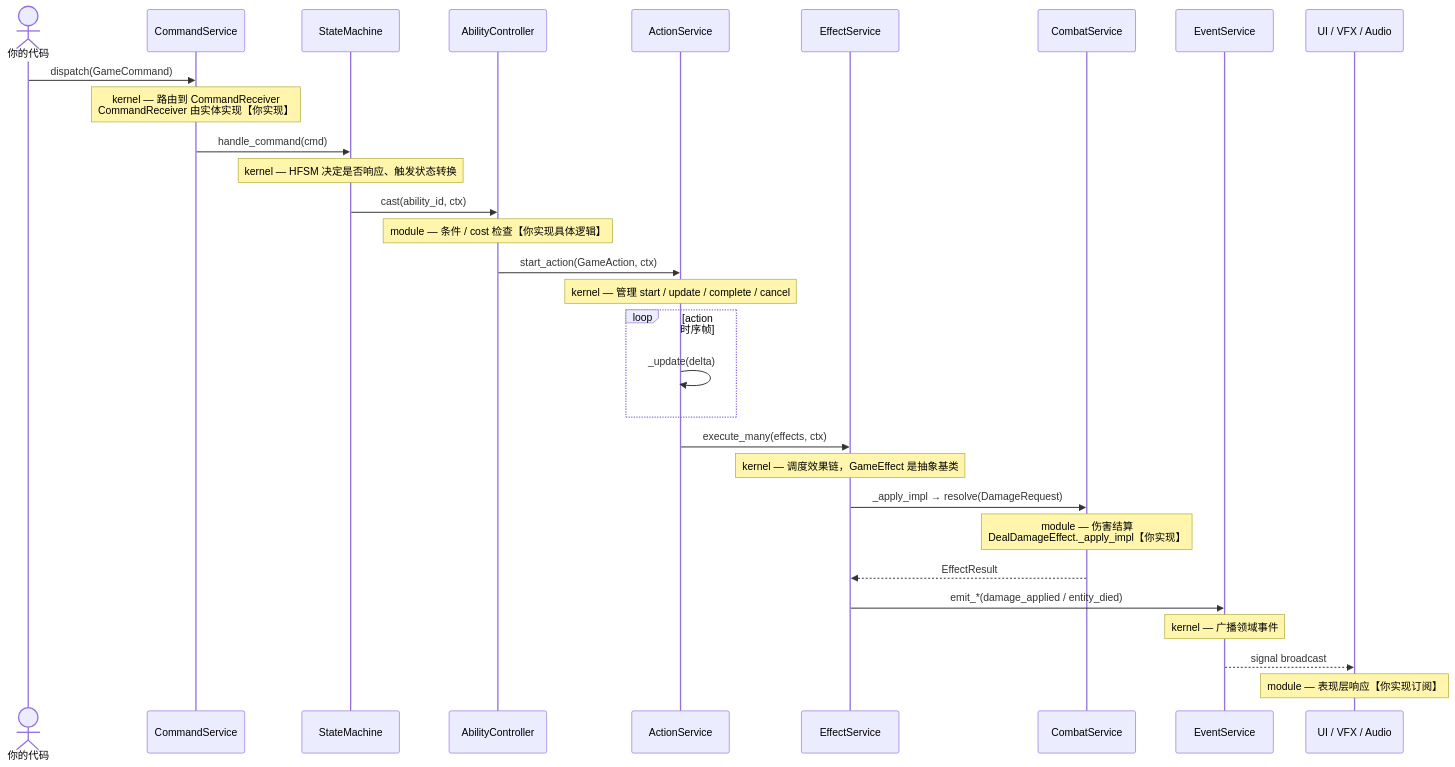
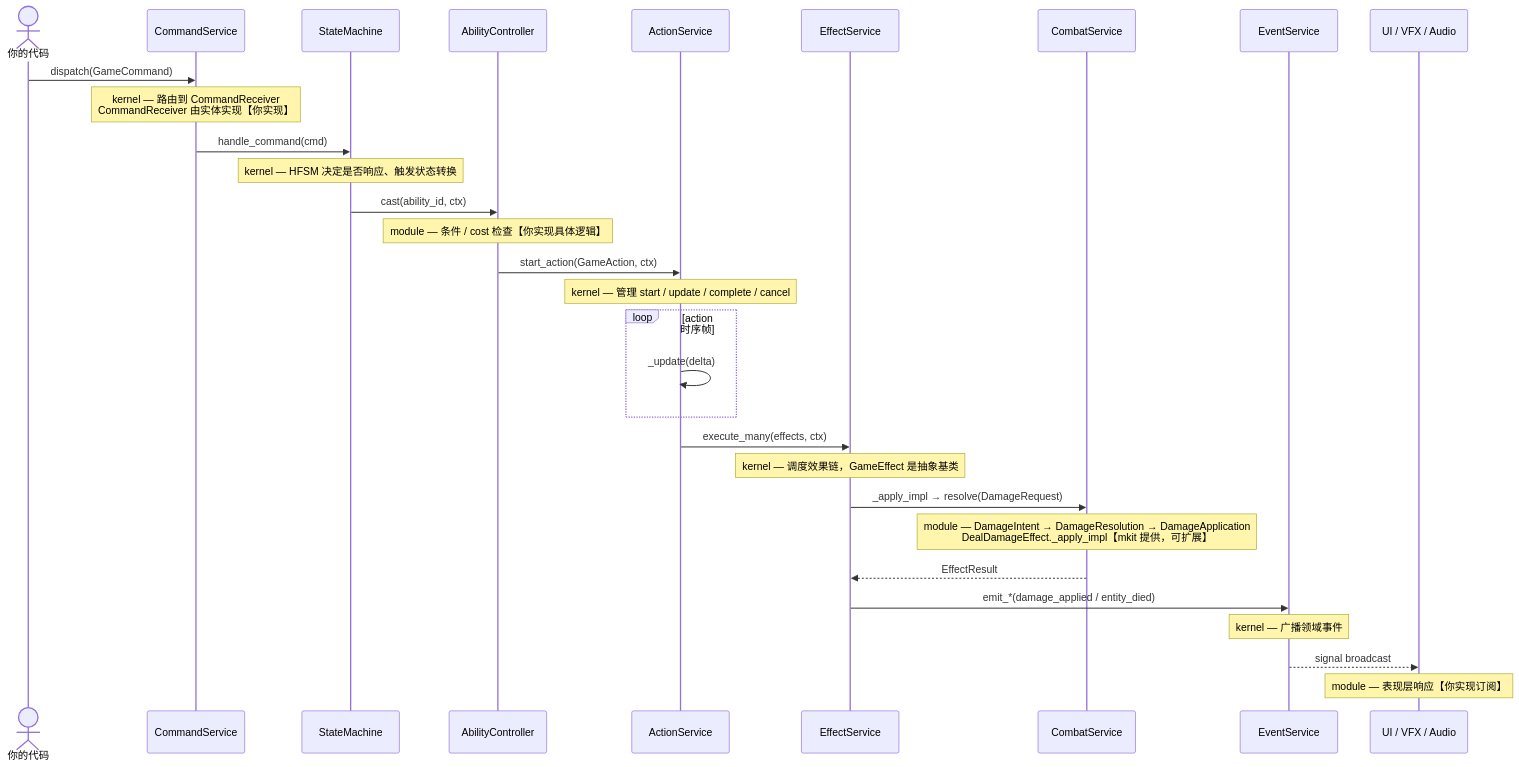
The second of 2 diagrams in docs/readme.md (xiaofeiqiu/mkit), drawn with Mermaid before and after one commit. The commit also changed other lines of this file and 32 other files, not shown here.

````diff
--- a/docs/readme.md
+++ b/docs/readme.md
@@ -40,42 +42,42 @@
 ```mermaid
 sequenceDiagram
     actor You as 你的代码
     participant CmdSvc as CommandService
     participant SM as StateMachine
     participant AC as AbilityController
     participant ActSvc as ActionService
     participant FxSvc as EffectService
     participant CbtSvc as CombatService
     participant EvtSvc as EventService
     participant UI as UI / VFX / Audio
 
     You->>CmdSvc: dispatch(GameCommand)
     Note over CmdSvc: kernel — 路由到 CommandReceiver<br/>CommandReceiver 由实体实现【你实现】
 
     CmdSvc->>SM: handle_command(cmd)
     Note over SM: kernel — HFSM 决定是否响应、触发状态转换
 
     SM->>AC: cast(ability_id, ctx)
     Note over AC: module — 条件 / cost 检查【你实现具体逻辑】
 
     AC->>ActSvc: start_action(GameAction, ctx)
     Note over ActSvc: kernel — 管理 start / update / complete / cancel
 
     loop action 时序帧
         ActSvc->>ActSvc: _update(delta)
     end
 
     ActSvc->>FxSvc: execute_many(effects, ctx)
     Note over FxSvc: kernel — 调度效果链，GameEffect 是抽象基类
 
     FxSvc->>CbtSvc: _apply_impl → resolve(DamageRequest)
-    Note over CbtSvc: module — 伤害结算<br/>DealDamageEffect._apply_impl【你实现】
+    Note over CbtSvc: module — DamageIntent → DamageResolution → DamageApplication<br/>DealDamageEffect._apply_impl【mkit 提供，可扩展】
 
     CbtSvc-->>FxSvc: EffectResult
 
     FxSvc->>EvtSvc: emit_*(damage_applied / entity_died)
     Note over EvtSvc: kernel — 广播领域事件
 
     EvtSvc-->>UI: signal broadcast
     Note over UI: module — 表现层响应【你实现订阅】
 ```
````
